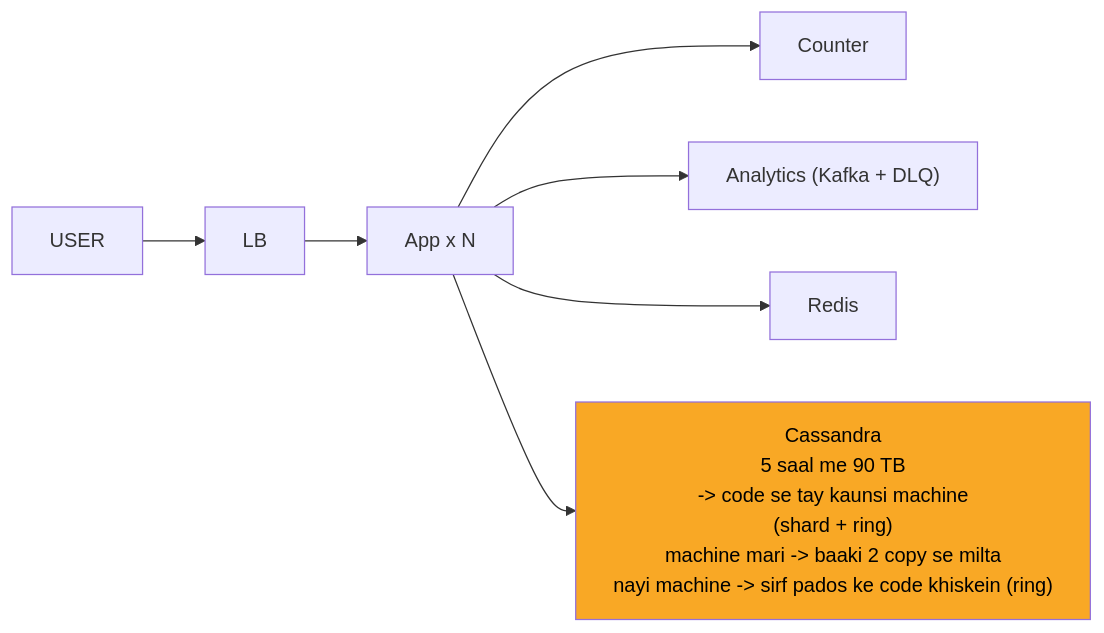
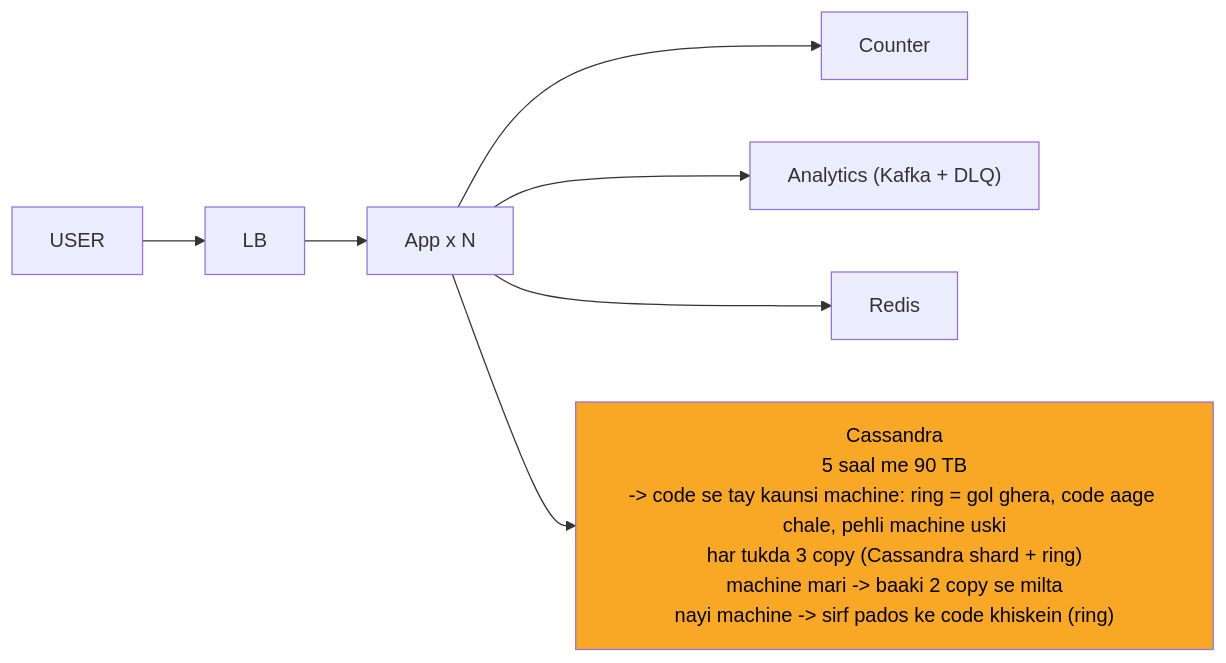
One commit to ArpanMaheshwari144/Prep changed the sixth of 10 diagrams in 04_HLD/SYSTEM_DESIGNS/01_url_shortener/01_url_shortener.md. Above: the diagram before and after it, drawn with Mermaid. The commit also changed other lines of this file and 13 other files, not shown here.

````diff
--- a/04_HLD/SYSTEM_DESIGNS/01_url_shortener/01_url_shortener.md
+++ b/04_HLD/SYSTEM_DESIGNS/01_url_shortener/01_url_shortener.md
@@ -271,18 +275,18 @@
 ```mermaid
 %%{init: {"flowchart": {"wrappingWidth": 450}}}%%
 flowchart LR
     n_USER["USER"]
     n_LB["LB"]
     n_App_xN["App x N"]
     n_Counter["Counter"]
     n_ANA["Analytics (Kafka + DLQ)"]
     n_Redis["Redis"]
-    n_Cassandra["Cassandra<br/>5 saal me 90 TB<br/>-> code se tay kaunsi machine<br/>(shard + ring)<br/>machine mari -> baaki 2 copy se milta<br/>nayi machine -> sirf pados ke code khiskein (ring)"]
+    n_Cassandra["Cassandra<br/>5 saal me 90 TB<br/>-> code se tay kaunsi machine: ring = gol ghera, code aage chale, pehli machine uski<br/>har tukda 3 copy (Cassandra shard + ring)<br/>machine mari -> baaki 2 copy se milta<br/>nayi machine -> sirf pados ke code khiskein (ring)"]
     n_USER --> n_LB
     n_LB --> n_App_xN
     n_App_xN --> n_Counter
     n_App_xN --> n_ANA
     n_App_xN --> n_Redis
     n_App_xN --> n_Cassandra
     style n_Cassandra fill:#f9a825,color:#000
 ```
````
